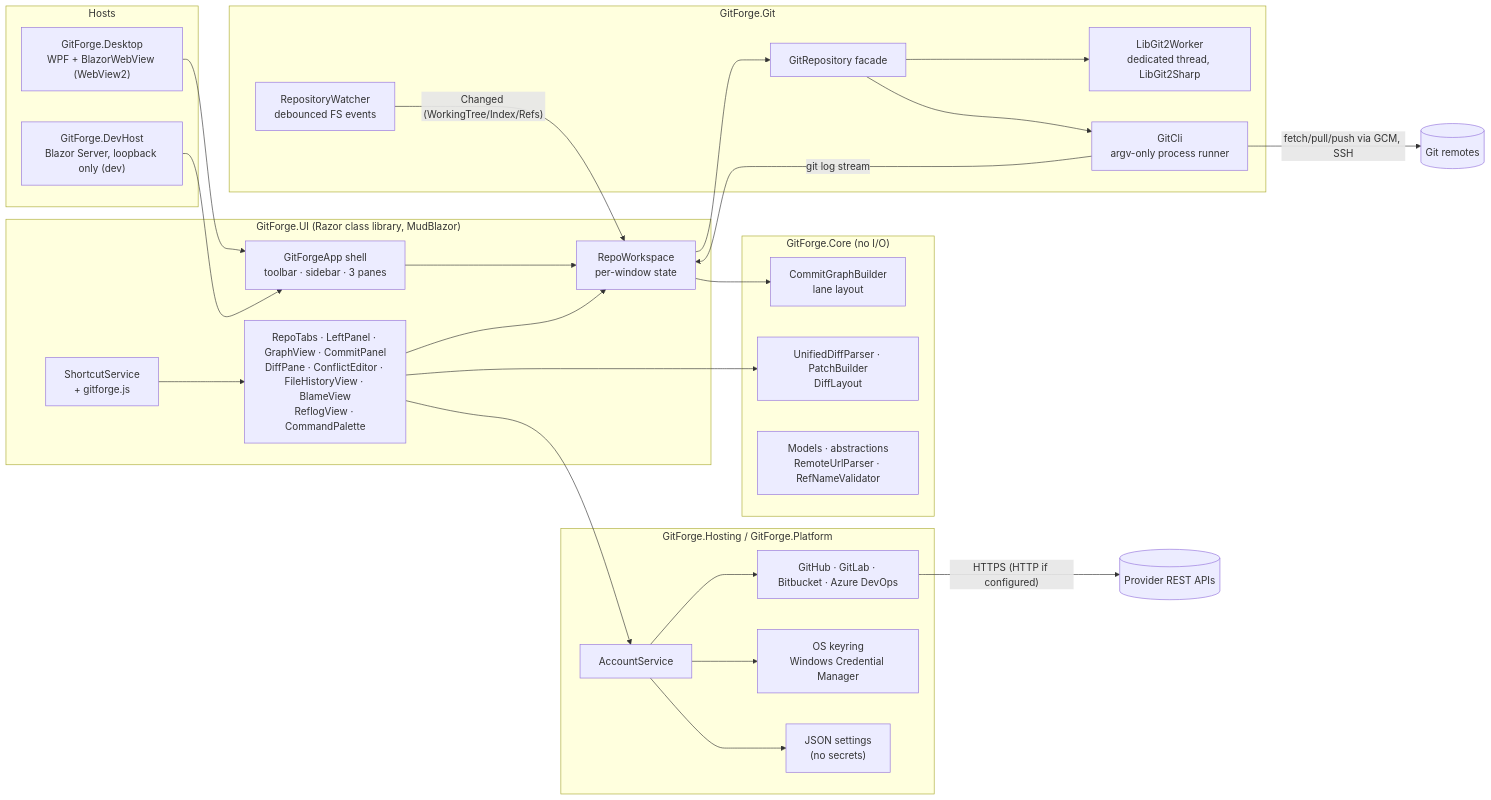
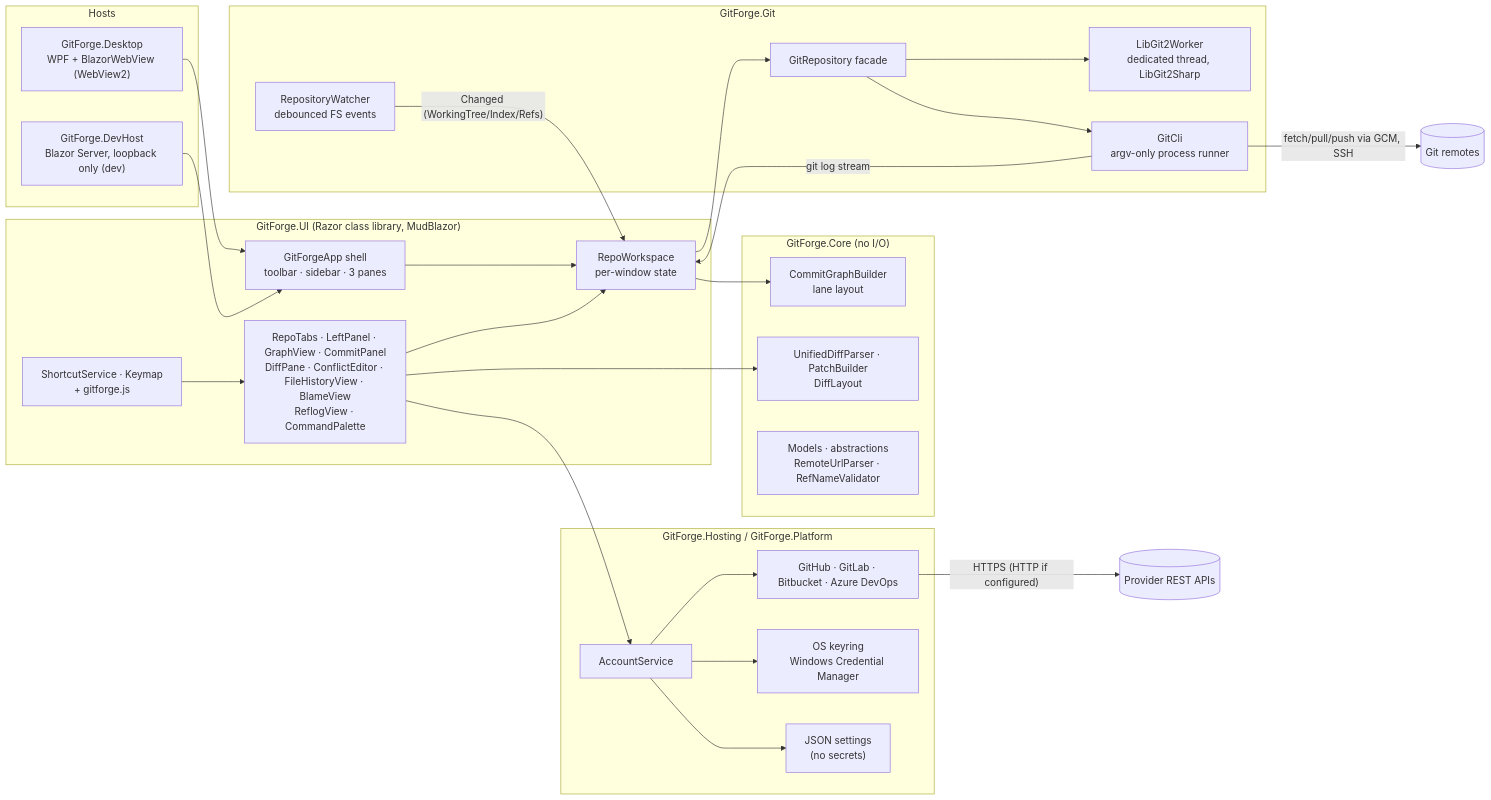
The diagram in docs/ARCHITECTURE.md (finepointcgi/GitForge), drawn with Mermaid before and after one commit. The commit also changed other lines of this file and 41 other files, not shown here.

````diff
--- a/docs/ARCHITECTURE.md
+++ b/docs/ARCHITECTURE.md
@@ -9,53 +9,53 @@
 ```mermaid
 flowchart LR
     subgraph Hosts
         WPF["GitForge.Desktop<br/>WPF + BlazorWebView (WebView2)"]
         DEV["GitForge.DevHost<br/>Blazor Server, loopback only (dev)"]
     end
 
     subgraph UI["GitForge.UI (Razor class library, MudBlazor)"]
         Shell["GitForgeApp shell<br/>toolbar · sidebar · 3 panes"]
         WS["RepoWorkspace<br/>per-window state"]
-        KB["ShortcutService<br/>+ gitforge.js"]
+        KB["ShortcutService · Keymap<br/>+ gitforge.js"]
         Views["RepoTabs · LeftPanel · GraphView · CommitPanel<br/>DiffPane · ConflictEditor · FileHistoryView · BlameView<br/>ReflogView · CommandPalette"]
     end
 
     subgraph Core["GitForge.Core (no I/O)"]
         Graph["CommitGraphBuilder<br/>lane layout"]
         Diff["UnifiedDiffParser · PatchBuilder<br/>DiffLayout"]
         Models["Models · abstractions<br/>RemoteUrlParser · RefNameValidator"]
     end
 
     subgraph Git["GitForge.Git"]
         Repo["GitRepository facade"]
         Lib["LibGit2Worker<br/>dedicated thread, LibGit2Sharp"]
         Cli["GitCli<br/>argv-only process runner"]
         Watch["RepositoryWatcher<br/>debounced FS events"]
     end
 
     subgraph Ext["GitForge.Hosting / GitForge.Platform"]
         Acc["AccountService"]
         Prov["GitHub · GitLab · Bitbucket · Azure DevOps"]
         Keyring["OS keyring<br/>Windows Credential Manager"]
         Settings["JSON settings<br/>(no secrets)"]
     end
 
     WPF --> Shell
     DEV --> Shell
     Shell --> WS
     KB --> Views
     Views --> WS
     WS --> Repo
     WS --> Graph
     Views --> Diff
     Repo --> Lib
     Repo --> Cli
     Watch -- "Changed (WorkingTree/Index/Refs)" --> WS
     Cli -- "git log stream" --> WS
     Views --> Acc
     Acc --> Prov
     Acc --> Keyring
     Acc --> Settings
     Prov -- "HTTPS (HTTP if configured)" --> API[("Provider REST APIs")]
     Cli -- "fetch/pull/push via GCM, SSH" --> Remote[("Git remotes")]
 ```
````
